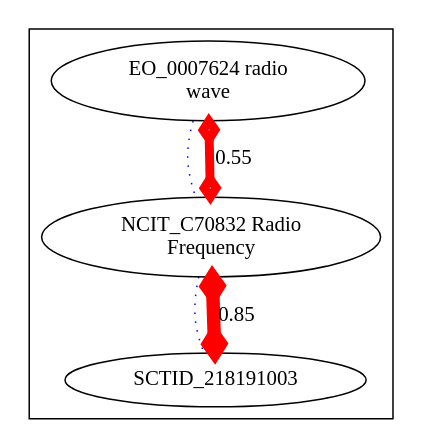
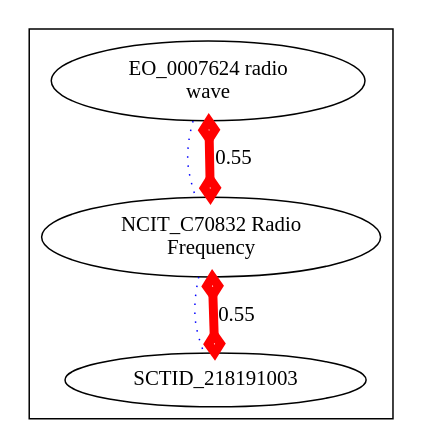
Before and after one commit to cmungall/radiation-ontology: the diagram in target/img-EO_0007624.dot, drawn with Graphviz. The commit also changed 18 other files, not shown here.

```diff
--- a/target/img-EO_0007624.dot
+++ b/target/img-EO_0007624.dot
@@ -1,13 +1,13 @@
 digraph cliquegraph {
 subgraph cluster_EO_0007624 {EO_0007624 [ label="EO_0007624 radio
 wave" ];
 SCTID_218191003 [ label="SCTID_218191003 " ];
 NCIT_C70832 [ label="NCIT_C70832 Radio
 Frequency" ];}
 EO_0007624 -> NCIT_C70832 [ arrowhead = none, penwidth=1, color=blue, label="", style=dotted]
 
 NCIT_C70832 -> SCTID_218191003 [ arrowhead = none, penwidth=1, color=blue, label="", style=dotted]
-NCIT_C70832 -> SCTID_218191003 [ arrowhead = ediamond, penwidth=9, color=red, label="0.85", style=solid, arrowtail=ediamond, dir=both]
+NCIT_C70832 -> SCTID_218191003 [ arrowhead = ediamond, penwidth=6, color=red, label="0.55", style=solid, arrowtail=ediamond, dir=both]
 
 EO_0007624 -> NCIT_C70832 [ arrowhead = ediamond, penwidth=6, color=red, label="0.55", style=solid, arrowtail=ediamond, dir=both]
 }
```
